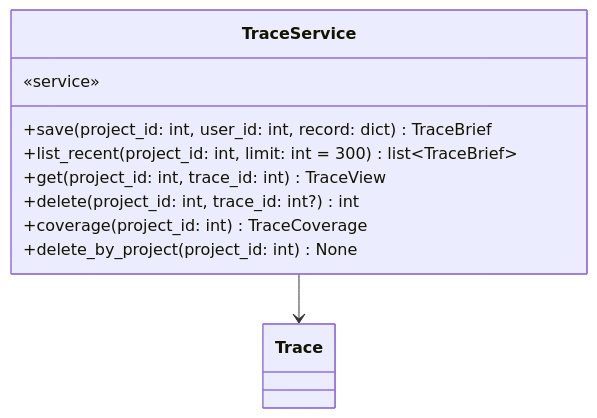
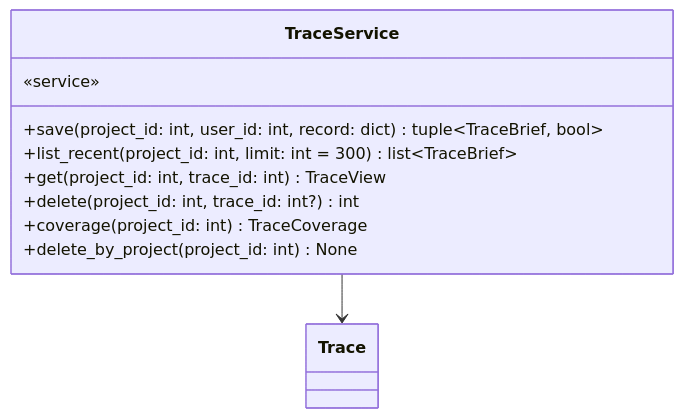
Diagram 24 of 24 in docs/specs/06-DOM/SYNC-DOM-002.md (HoyoungParkme/syncdoc), drawn with Mermaid before and after one commit. The commit also changed 74 other files, not shown here.

````diff
--- a/docs/specs/06-DOM/SYNC-DOM-002.md
+++ b/docs/specs/06-DOM/SYNC-DOM-002.md
@@ -1436,14 +1436,14 @@
 ```mermaid
 classDiagram
     class TraceService {
         «service»
-        +save(project_id: int, user_id: int, record: dict) TraceBrief
+        +save(project_id: int, user_id: int, record: dict) tuple~TraceBrief, bool~
         +list_recent(project_id: int, limit: int = 300) list~TraceBrief~
         +get(project_id: int, trace_id: int) TraceView
         +delete(project_id: int, trace_id: int?) int
         +coverage(project_id: int) TraceCoverage
         +delete_by_project(project_id: int) None
     }
     class Trace
     TraceService --> Trace
 ```
````
